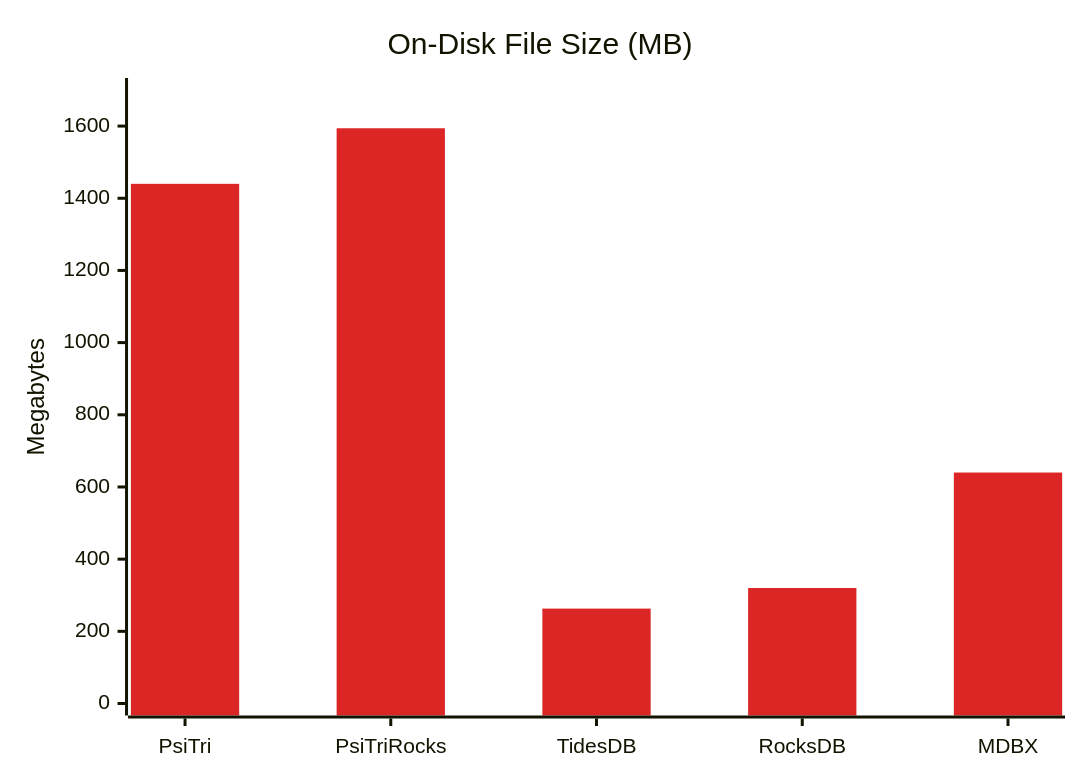
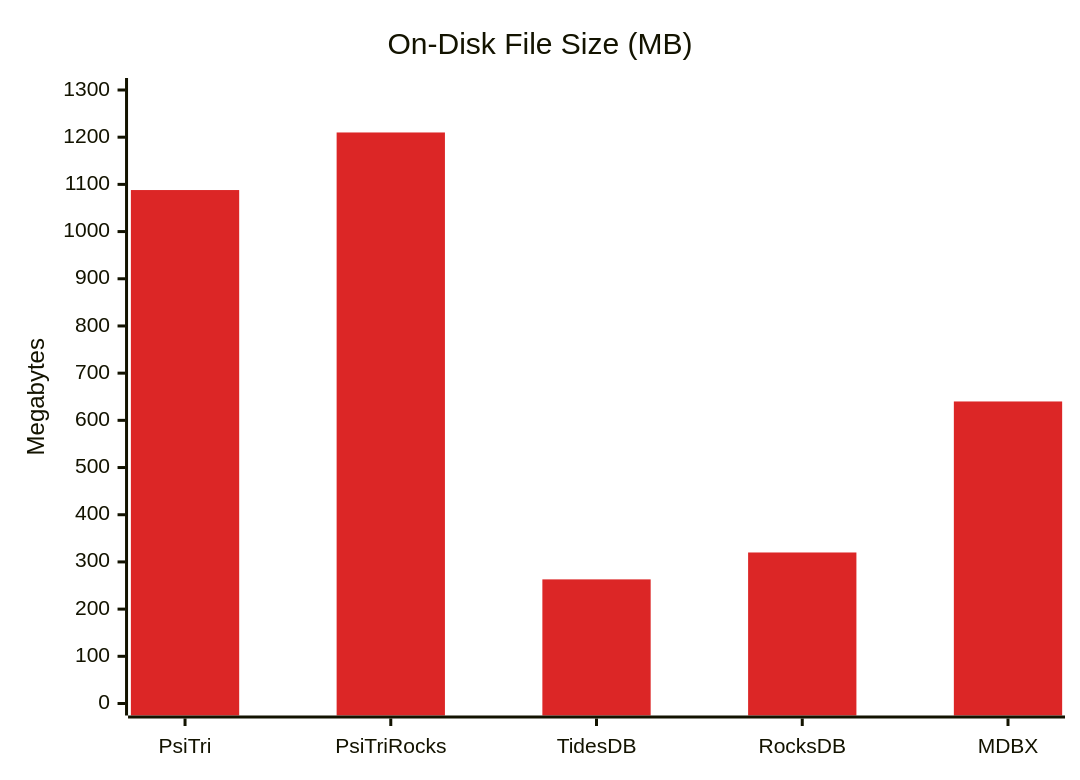
The sixth of 8 diagrams in programs/BANK_BENCHMARK.md (gofractally/arbtrie), drawn with Mermaid before and after one commit. The commit also changed other lines of this file and 1 other file, not shown here.

````diff
--- a/programs/BANK_BENCHMARK.md
+++ b/programs/BANK_BENCHMARK.md
@@ -236,8 +237,8 @@
 ```mermaid
 %%{init: {'theme': 'base', 'themeVariables': {'xyChart': {'plotColorPalette': '#DC2626'}}}}%%
 xychart-beta
     title "On-Disk File Size (MB)"
     x-axis ["PsiTri", "PsiTriRocks", "TidesDB", "RocksDB", "MDBX"]
-    y-axis "Megabytes" 0 --> 1700
-    bar [1440, 1594, 263, 320, 640]
+    y-axis "Megabytes" 0 --> 1300
+    bar [1088, 1210, 263, 320, 640]
 ```
````
